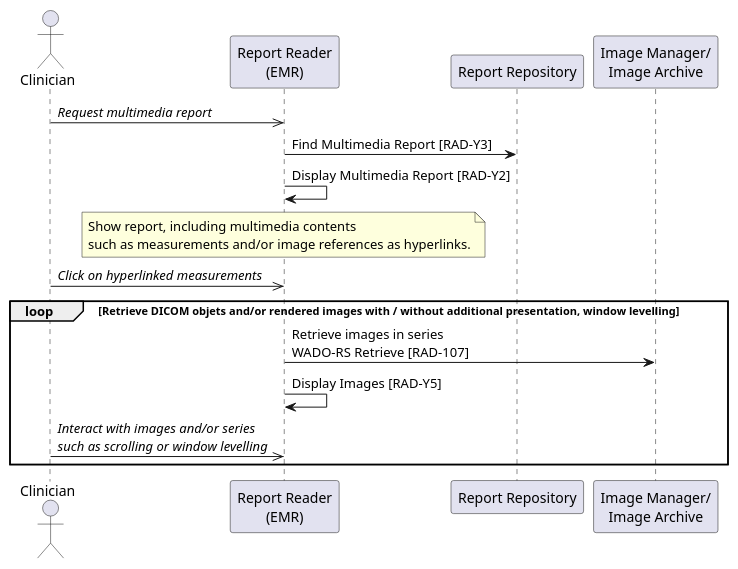
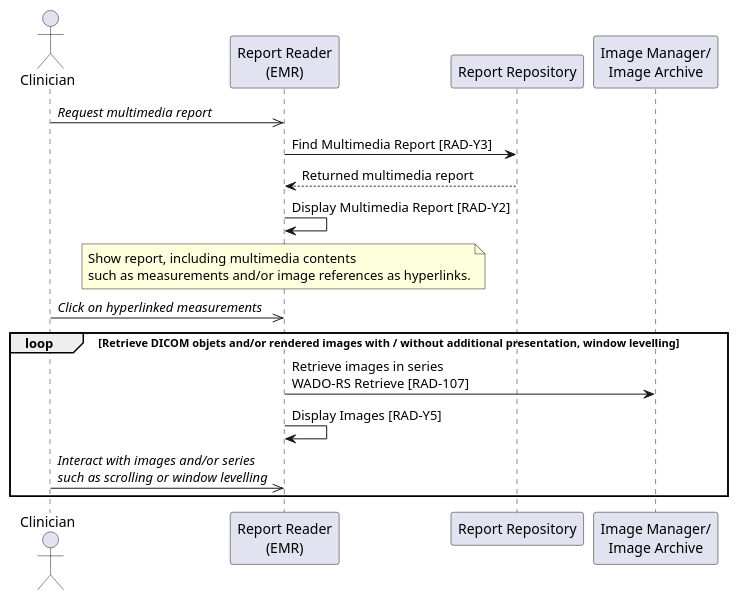
Before and after one commit to IHE/RAD.IMR: the diagram in input/images-source/uc2-presenting-interactive-report-standalone.plantuml, drawn with PlantUML.

Commit message:
Added return report message.

```diff
--- a/input/images-source/uc2-presenting-interactive-report-standalone.plantuml
+++ b/input/images-source/uc2-presenting-interactive-report-standalone.plantuml
@@ -1,28 +1,29 @@
 @startuml
 
 actor Clinician as Clinician
 
 participant "Report Reader\n(EMR)" as Reader
 participant "Report Repository" as Repo
 
 participant "Image Manager/\nImage Archive" as Archive
 
 Clinician->>Reader: //Request multimedia report//
 
 Reader->Repo: Find Multimedia Report [RAD-Y3]
+Repo-->Reader: Returned multimedia report
 Reader->Reader: Display Multimedia Report [RAD-Y2]
 note over Reader
 Show report, including multimedia contents
 such as measurements and/or image references as hyperlinks.
 end note
 
 Clinician->>Reader: //Click on hyperlinked measurements//
 
 loop Retrieve DICOM objets and/or rendered images with / without additional presentation, window levelling
 Reader->Archive: Retrieve images in series\nWADO-RS Retrieve [RAD-107]
 Reader->Reader: Display Images [RAD-Y5]
 
 Clinician->>Reader: //Interact with images and/or series//\n//such as scrolling or window levelling//
 end loop
 
 @enduml
```
